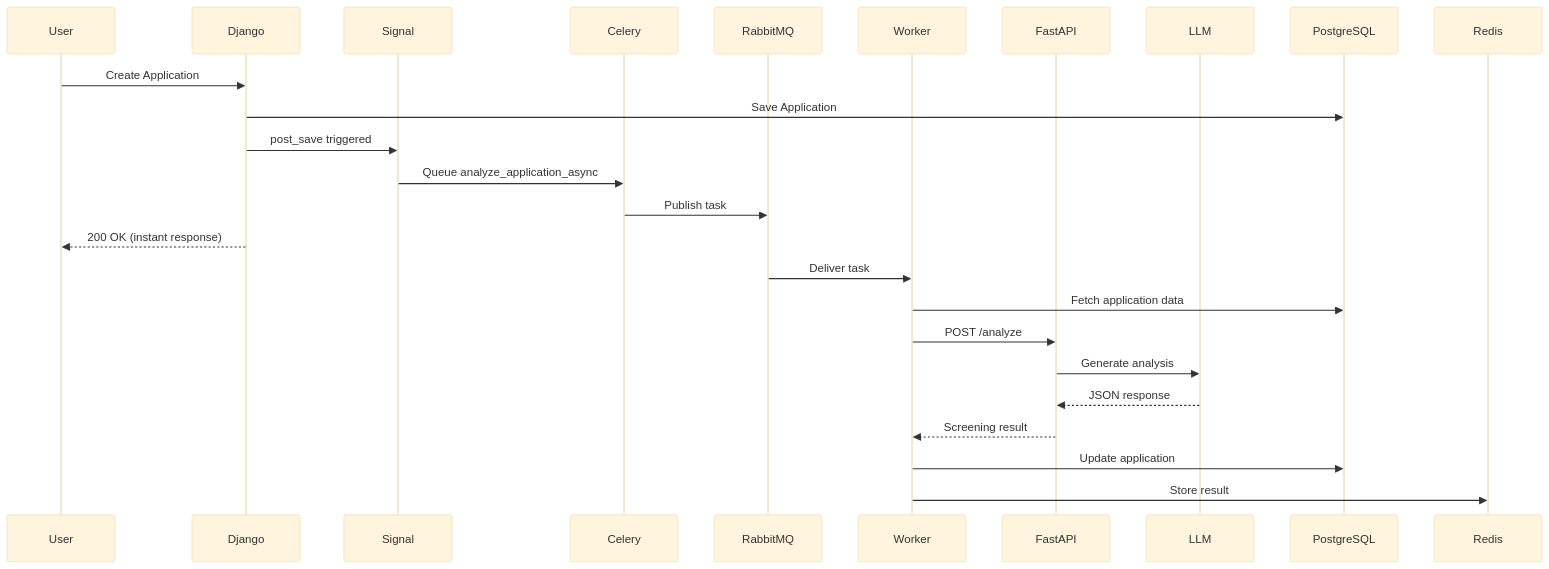
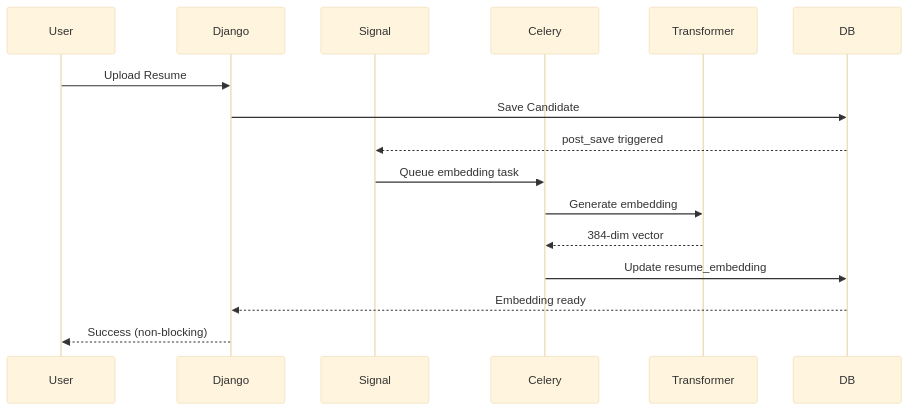
The second of 2 diagrams in PROJECT_OVERVIEW.md (simrannn99/recruitment-agent), drawn with Mermaid (base theme) before and after one commit. The commit also changed other lines of this file and 18 other files, not shown here.

````diff
--- a/PROJECT_OVERVIEW.md
+++ b/PROJECT_OVERVIEW.md
@@ -95,27 +335,19 @@
 ```mermaid
 sequenceDiagram
     participant User
     participant Django
     participant Signal
     participant Celery
-    participant RabbitMQ
-    participant Worker
-    participant FastAPI
-    participant LLM
+    participant Transformer
+    participant DB
 
-    User->>Django: Create Application
-    Django->>PostgreSQL: Save Application
-    Django->>Signal: post_save triggered
-    Signal->>Celery: Queue analyze_application_async
-    Celery->>RabbitMQ: Publish task
-    Django-->>User: 200 OK (instant response)
-    
-    RabbitMQ->>Worker: Deliver task
-    Worker->>PostgreSQL: Fetch application data
-    Worker->>FastAPI: POST /analyze
-    FastAPI->>LLM: Generate analysis
-    LLM-->>FastAPI: JSON response
-    FastAPI-->>Worker: Screening result
-    Worker->>PostgreSQL: Update application
-    Worker->>Redis: Store result
+    User->>Django: Upload Resume
+    Django->>DB: Save Candidate
+    DB-->>Signal: post_save triggered
+    Signal->>Celery: Queue embedding task
+    Celery->>Transformer: Generate embedding
+    Transformer-->>Celery: 384-dim vector
+    Celery->>DB: Update resume_embedding
+    DB-->>Django: Embedding ready
+    Django-->>User: Success (non-blocking)
 ```
````
